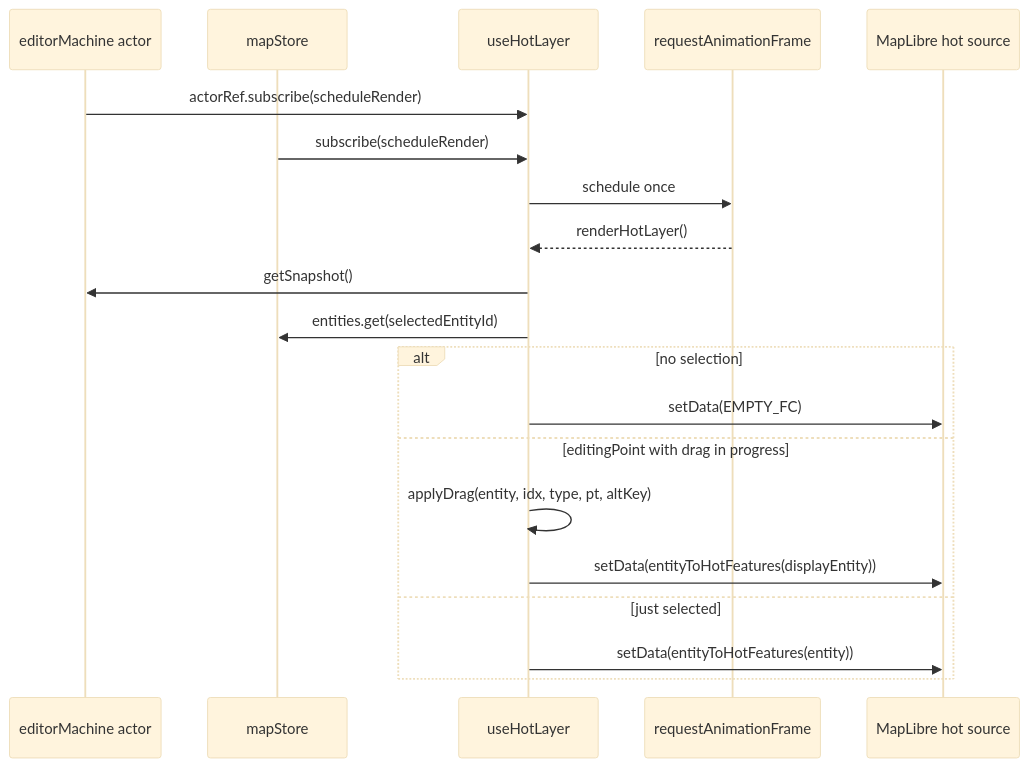
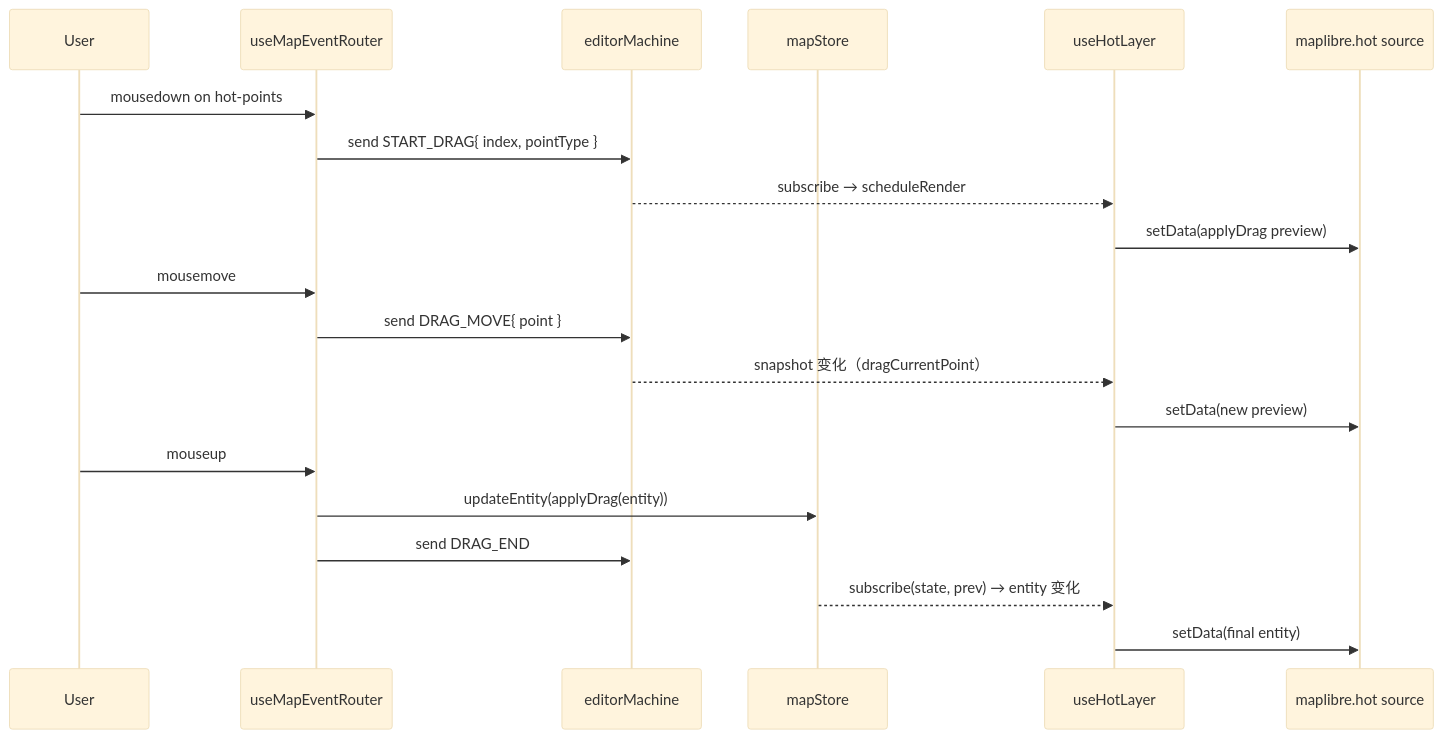
Before and after one commit to SakuraPuare/apollo-map-studio: the diagram in docs/api/hooks/use-hot-layer.md, drawn with Mermaid (base theme). The commit also changed other lines of this file and 414 other files, not shown here.

````diff
--- a/docs/api/hooks/use-hot-layer.md
+++ b/docs/api/hooks/use-hot-layer.md
@@ -52,23 +167,23 @@
 ```mermaid
 sequenceDiagram
-    participant FSM as editorMachine actor
+    participant User
+    participant Router as useMapEventRouter
+    participant FSM as editorMachine
     participant Store as mapStore
-    participant Hook as useHotLayer
-    participant RAF as requestAnimationFrame
-    participant Source as MapLibre hot source
+    participant Hot as useHotLayer
+    participant Map as maplibre.hot source
 
-    FSM->>Hook: actorRef.subscribe(scheduleRender)
-    Store->>Hook: subscribe(scheduleRender)
-    Hook->>RAF: schedule once
-    RAF-->>Hook: renderHotLayer()
-    Hook->>FSM: getSnapshot()
-    Hook->>Store: entities.get(selectedEntityId)
-    alt no selection
-        Hook->>Source: setData(EMPTY_FC)
-    else editingPoint with drag in progress
-        Hook->>Hook: applyDrag(entity, idx, type, pt, altKey)
-        Hook->>Source: setData(entityToHotFeatures(displayEntity))
-    else just selected
-        Hook->>Source: setData(entityToHotFeatures(entity))
-    end
+    User->>Router: mousedown on hot-points
+    Router->>FSM: send START_DRAG{ index, pointType }
+    FSM-->>Hot: subscribe → scheduleRender
+    Hot->>Map: setData(applyDrag preview)
+    User->>Router: mousemove
+    Router->>FSM: send DRAG_MOVE{ point }
+    FSM-->>Hot: snapshot 变化（dragCurrentPoint）
+    Hot->>Map: setData(new preview)
+    User->>Router: mouseup
+    Router->>Store: updateEntity(applyDrag(entity))
+    Router->>FSM: send DRAG_END
+    Store-->>Hot: subscribe(state, prev) → entity 变化
+    Hot->>Map: setData(final entity)
 ```
````
